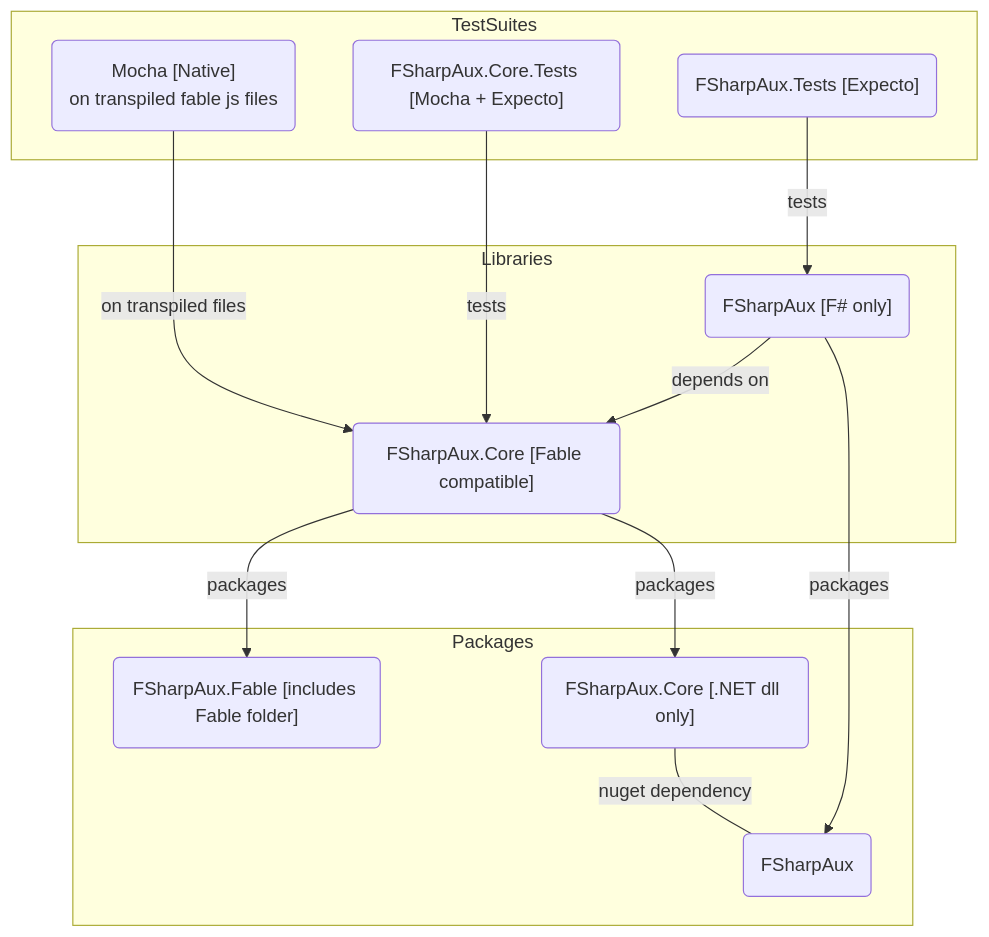
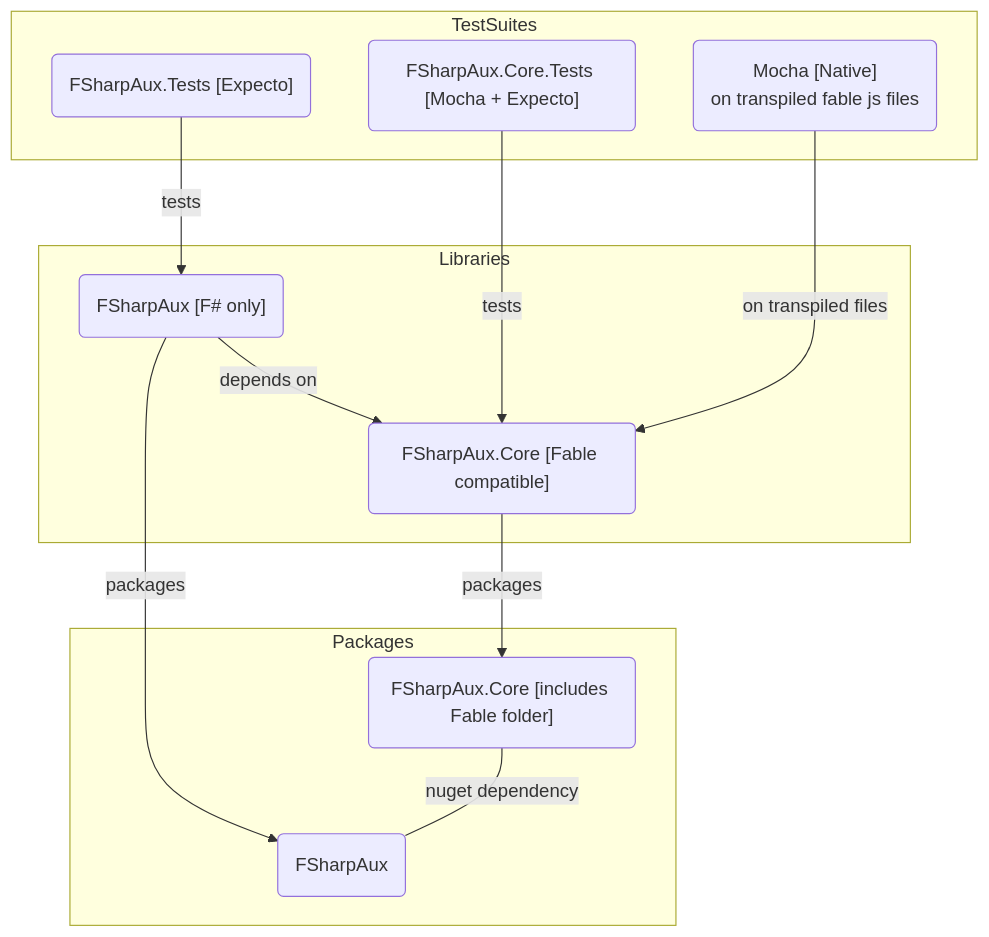
The diagram in README.md (CSBiology/FSharpAux), drawn with Mermaid before and after one commit.

Commit message:
Update project graph :books:

````diff
--- a/README.md
+++ b/README.md
@@ -15,25 +15,23 @@
 ```mermaid
 flowchart TD
 subgraph Libraries
     A("FSharpAux.Core [Fable compatible]")
     B("FSharpAux [F# only]")
     B -- depends on --> A
 end
 subgraph TestSuites
     C("FSharpAux.Core.Tests [Mocha + Expecto]")
     D("FSharpAux.Tests [Expecto]")
     M("Mocha [Native]<br>on transpiled fable js files")
     C -- tests --> A
     D -- tests --> B
     M -- on transpiled files --> A
 end
 subgraph Packages
-    E("FSharpAux.Fable [includes Fable folder]")
-    F("FSharpAux.Core [.NET dll only]")
+    F("FSharpAux.Core [includes Fable folder]")
     G("FSharpAux")
-    A -- packages --> E
     A -- packages --> F
     B -- packages --> G
     F -- nuget dependency --- G
 end
 ```
````
